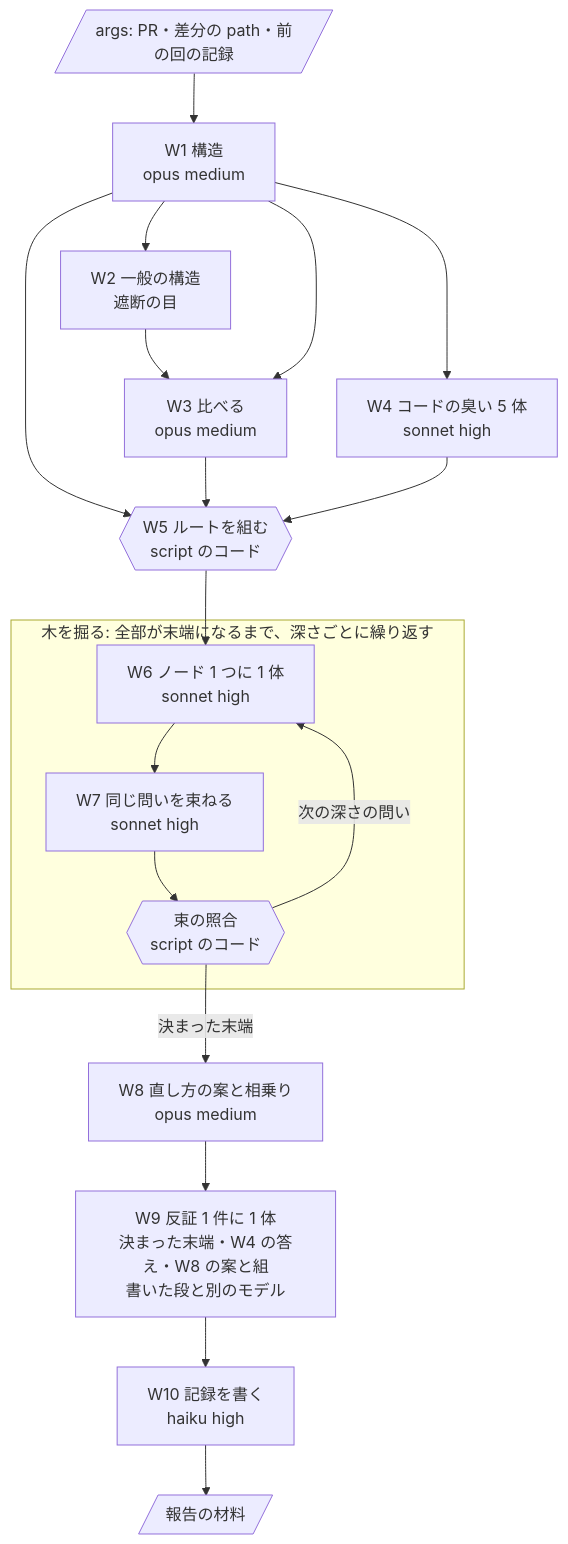
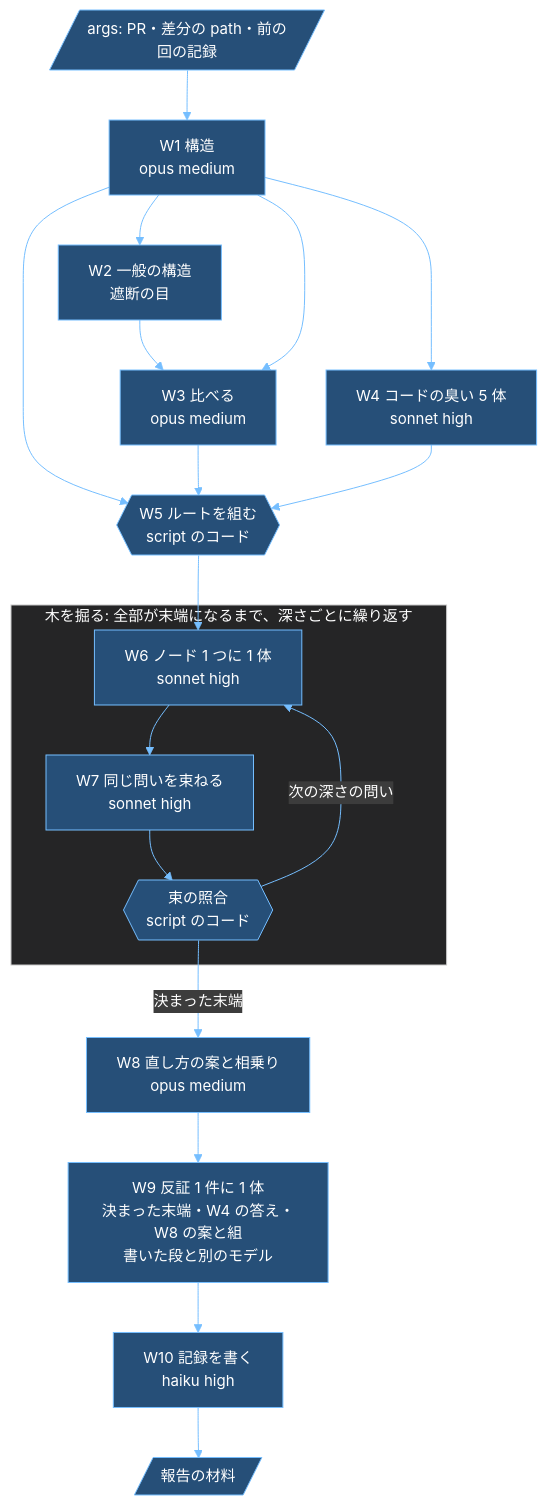
The third of 6 diagrams in attention/docs/my-turn-workflow-design.md (raiki61/claude-plugins), drawn with Mermaid before and after one commit. The commit also changed other lines of this file and 1 other file, not shown here.

Commit message:
docs(attention): 設計案の図を、ダークテーマで文字と線がはっきり見える配色にする（頼み dfdc52）

````diff
--- a/attention/docs/my-turn-workflow-design.md
+++ b/attention/docs/my-turn-workflow-design.md
@@ -108,18 +110,19 @@
 ```mermaid
+%%{init: {"theme":"base","themeVariables":{"darkMode":true,"background":"#1e1e1e","fontSize":"15px","primaryColor":"#264f78","primaryTextColor":"#ffffff","primaryBorderColor":"#75beff","secondaryColor":"#3a3d41","tertiaryColor":"#2d2d30","lineColor":"#75beff","textColor":"#f0f0f0","titleColor":"#ffffff","clusterBkg":"#252526","clusterBorder":"#c8c8c8","edgeLabelBackground":"#3c3c3c","nodeTextColor":"#ffffff","actorBkg":"#264f78","actorBorder":"#75beff","actorTextColor":"#ffffff","actorLineColor":"#c8c8c8","signalColor":"#75beff","signalTextColor":"#f0f0f0","noteBkgColor":"#5c4b00","noteTextColor":"#ffffff","noteBorderColor":"#d7ba7d","labelBoxBkgColor":"#264f78","labelTextColor":"#ffffff","loopTextColor":"#f0f0f0","sequenceNumberColor":"#ffffff"}}}%%
 flowchart TB
   A[/"args: PR・差分の path・前の回の記録"/] --> W1["W1 構造<br/>opus medium"]
   W1 --> W2["W2 一般の構造<br/>遮断の目"] --> W3["W3 比べる<br/>opus medium"]
   W1 --> W3
   W1 --> W5
   W1 --> W4["W4 コードの臭い 5 体<br/>sonnet high"]
   W3 --> W5{{"W5 ルートを組む<br/>script のコード"}}
   W4 --> W5
   W5 --> W6
   subgraph DIG["木を掘る: 全部が末端になるまで、深さごとに繰り返す"]
     W6["W6 ノード 1 つに 1 体<br/>sonnet high"] --> W7["W7 同じ問いを束ねる<br/>sonnet high"] --> CK{{"束の照合<br/>script のコード"}}
     CK -->|次の深さの問い| W6
   end
   CK -->|決まった末端| W8["W8 直し方の案と相乗り<br/>opus medium"]
   W8 --> W9["W9 反証 1 件に 1 体<br/>決まった末端・W4 の答え・W8 の案と組<br/>書いた段と別のモデル"]
   W9 --> W10["W10 記録を書く<br/>haiku high"] --> OUT[/"報告の材料"/]
 ```
````
